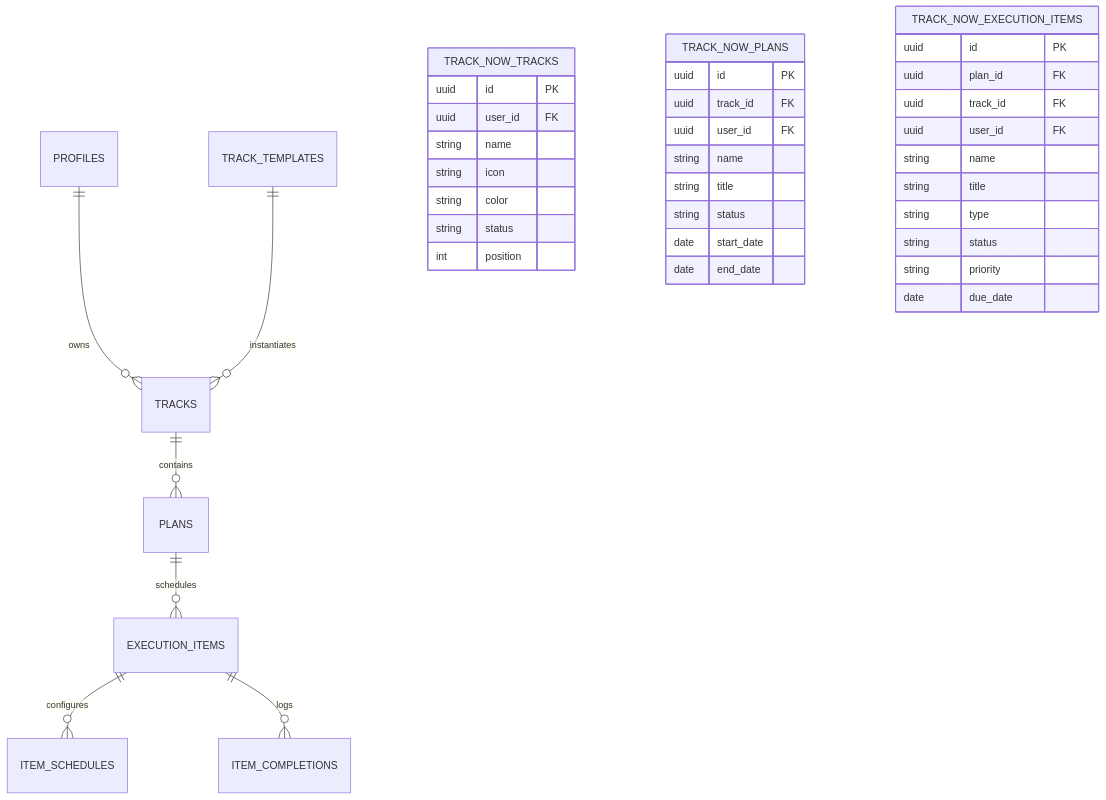
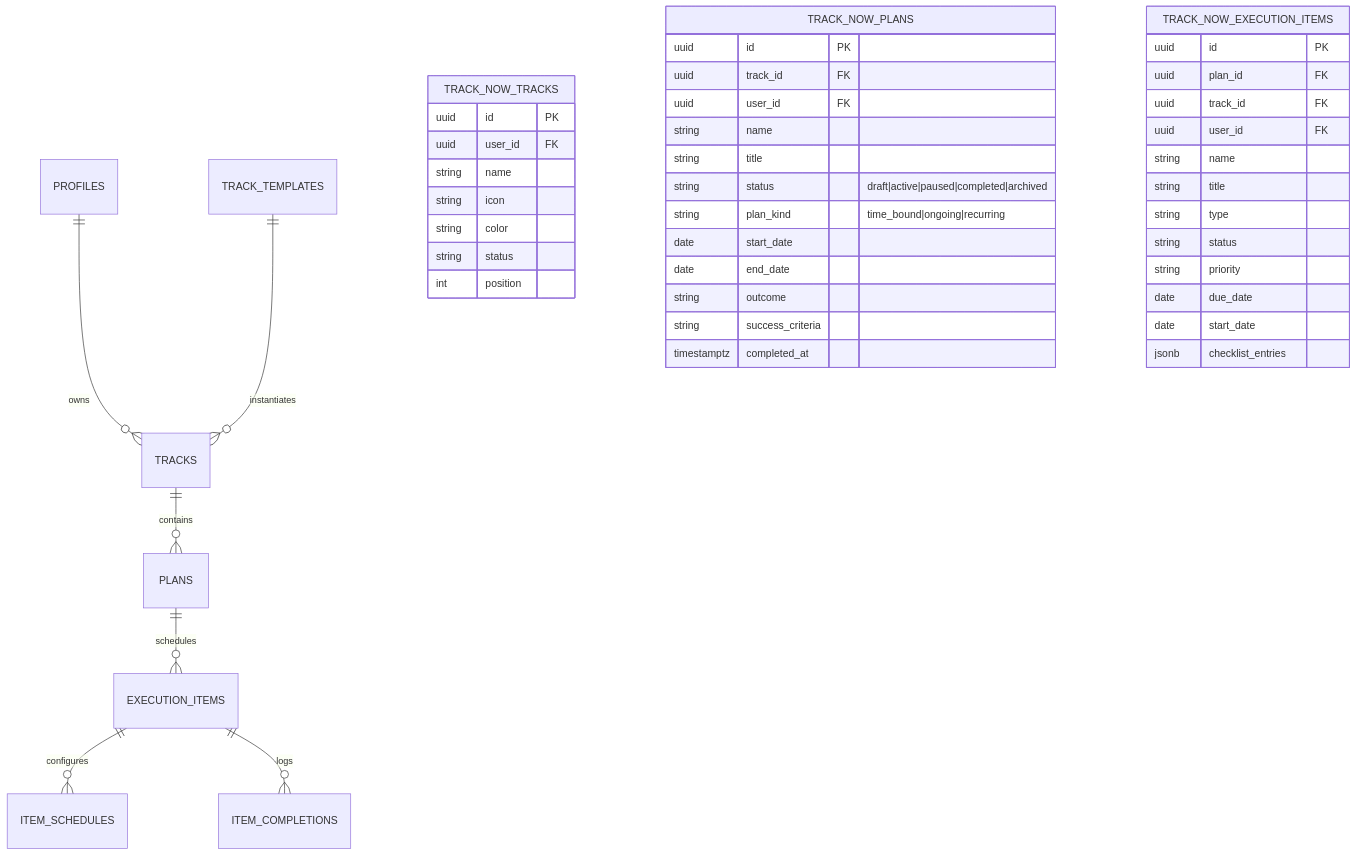
The diagram in ARCHITECTURE.md (atreyakamat/track.now), drawn with Mermaid before and after one commit. The commit also changed other lines of this file and 83 other files, not shown here.

````diff
--- a/ARCHITECTURE.md
+++ b/ARCHITECTURE.md
@@ -103,43 +103,49 @@
 ```mermaid
 erDiagram
     PROFILES ||--o{ TRACKS : owns
     TRACK_TEMPLATES ||--o{ TRACKS : instantiates
     TRACKS ||--o{ PLANS : contains
     PLANS ||--o{ EXECUTION_ITEMS : schedules
     EXECUTION_ITEMS ||--o{ ITEM_SCHEDULES : configures
     EXECUTION_ITEMS ||--o{ ITEM_COMPLETIONS : logs
 
     TRACK_NOW_TRACKS {
         uuid id PK
         uuid user_id FK
         string name
         string icon
         string color
         string status
         int position
     }
 
     TRACK_NOW_PLANS {
         uuid id PK
         uuid track_id FK
         uuid user_id FK
         string name
         string title
-        string status
+        string status "draft|active|paused|completed|archived"
+        string plan_kind "time_bound|ongoing|recurring"
         date start_date
         date end_date
+        string outcome
+        string success_criteria
+        timestamptz completed_at
     }
 
     TRACK_NOW_EXECUTION_ITEMS {
         uuid id PK
         uuid plan_id FK
         uuid track_id FK
         uuid user_id FK
         string name
         string title
         string type
         string status
         string priority
         date due_date
+        date start_date
+        jsonb checklist_entries
     }
 ```
````
